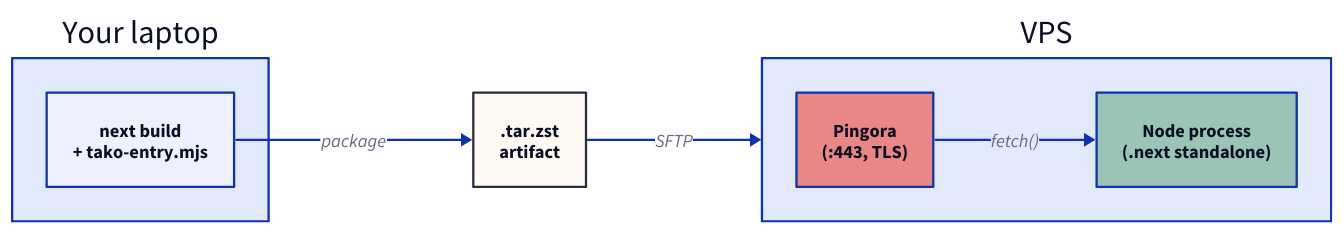
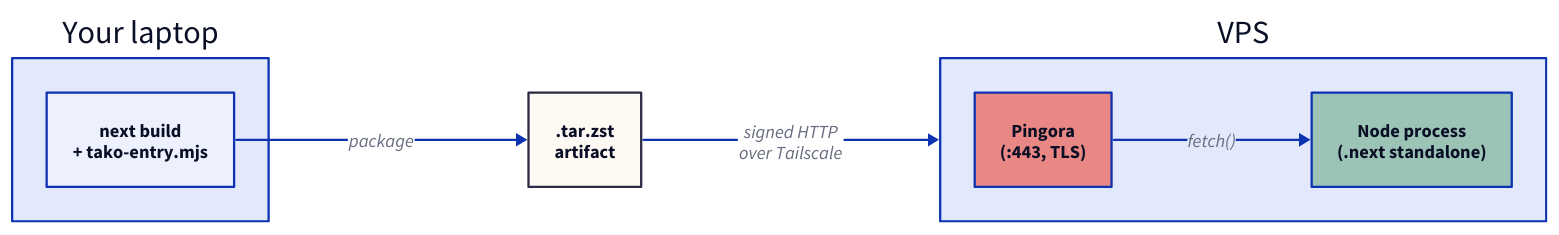
One commit to tako-sh/tako changed the diagram in website/src/content/blog/how-to-deploy-nextjs-to-a-vps-without-docker.md. Above: the diagram before and after it, drawn with D2. The commit also changed other lines of this file and 10 other files, not shown here.

First line of the commit message:
docs(website): align blog posts with current deploy flow

````diff
--- a/website/src/content/blog/how-to-deploy-nextjs-to-a-vps-without-docker.md
+++ b/website/src/content/blog/how-to-deploy-nextjs-to-a-vps-without-docker.md
@@ -104,25 +101,25 @@
 ```d2
 direction: right
 
 local: Your laptop {
   build: "next build\n+ tako-entry.mjs"
 }
 
 artifact: ".tar.zst\nartifact" {
   style.fill: "#FFF9F4"
   style.stroke: "#2F2A44"
 }
 
 server: VPS {
   proxy: "Pingora\n(:443, TLS)" {
     style.fill: "#E88783"
   }
   node: "Node process\n(.next standalone)" {
     style.fill: "#9BC4B6"
   }
   proxy -> node: "fetch()"
 }
 
 local.build -> artifact: "package"
-artifact -> server: "SFTP"
+artifact -> server: "signed HTTP\nover Tailscale"
 ```
````
